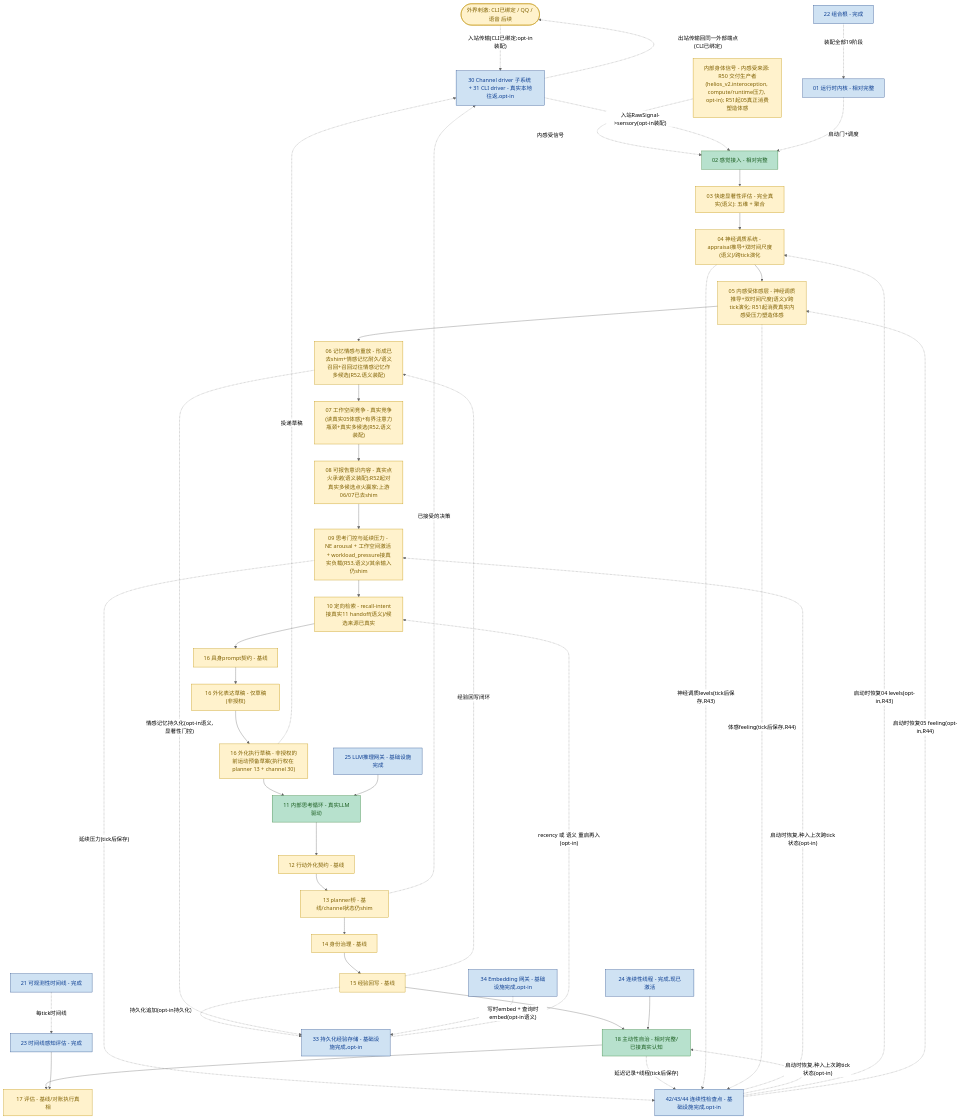
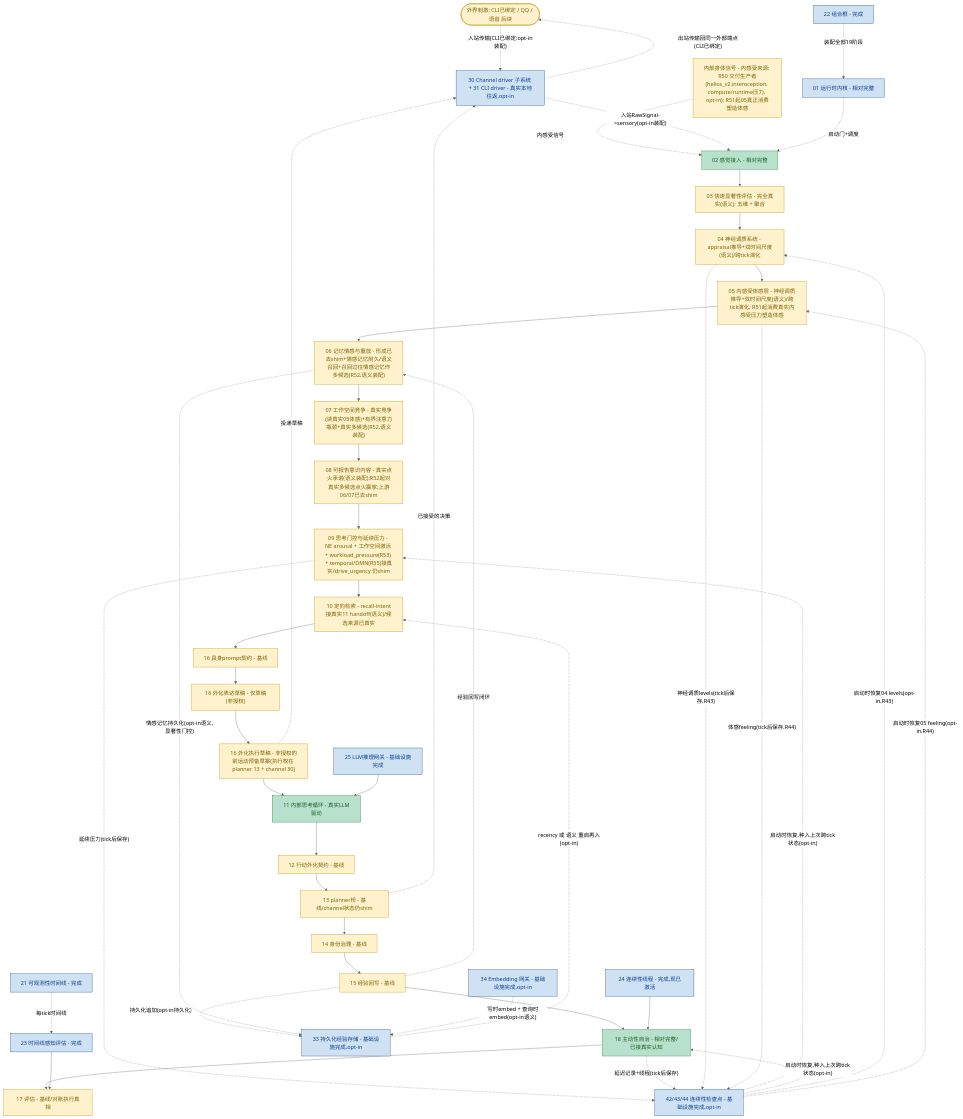
One commit to embalmer-Y/helios changed the diagram in helios_v2/docs/PROGRESS_FLOW.zh-CN.md. Above: the diagram before and after it, drawn with Mermaid (neutral theme). The commit also changed other lines of this file and 17 other files, not shown here.

First line of the commit message:
feat(helios_v2): R55 temporal pacing and DMN rest-state gate inputs

````diff
--- a/helios_v2/docs/PROGRESS_FLOW.zh-CN.md
+++ b/helios_v2/docs/PROGRESS_FLOW.zh-CN.md
@@ -35,70 +35,70 @@
 ```mermaid
 flowchart TD
     classDef deep fill:#b7e1cd,stroke:#2e7d32,color:#1b5e20
     classDef base fill:#fff2cc,stroke:#bf9000,color:#7f6000
     classDef infra fill:#cfe2f3,stroke:#1c4587,color:#0b3d91
     classDef gap fill:#f4cccc,stroke:#990000,color:#660000,stroke-dasharray: 5 5
 
     EXT([外界刺激: CLI已绑定 / QQ / 语音 后续]):::base
     BODY["内部身体信号 - 内感受来源: R50 交付生产者(helios_v2.interoception, compute/runtime压力, opt-in); R51起05真正消费塑造体感"]:::base
     S02[02 感觉接入 - 相对完整]:::deep
     S03["03 快速显著性评估 - 完全真实(语义): 五维 + 聚合"]:::base
     S04["04 神经调质系统 - appraisal推导+双时间尺度(语义)/跨tick演化"]:::base
     S05["05 内感受体感层 - 神经调质推导+双时间尺度(语义)/跨tick演化; R51起消费真实内感受压力塑造体感"]:::base
     S06["06 记忆情感与重放 - 形成已去shim+情感记忆耐久/语义召回+召回过往情感记忆作多候选(R52,语义装配)"]:::base
     S07["07 工作空间竞争 - 真实竞争(读真实05体感)+有界注意力瓶颈+真实多候选(R52,语义装配)"]:::base
     S08["08 可报告意识内容 - 真实点火承诺(语义装配);R52起对真实多候选点火赢家;上游06/07已去shim"]:::base
-    S09["09 思考门控与延续压力 - NE arousal + 工作空间激活 + workload_pressure接真实负载(R53,语义)/其余输入仍shim"]:::base
+    S09["09 思考门控与延续压力 - NE arousal + 工作空间激活 + workload_pressure(R53) + temporal/DMN(R55)接真实/drive_urgency 仍shim"]:::base
     S10["10 定向检索 - recall-intent接真实11 handoff(语义)/候选来源已真实"]:::base
     S16P[16 具身prompt契约 - 基线]:::base
     S16O["16 外化表达草稿 - 仅草稿(非授权)"]:::base
     S16E["16 外化执行草稿 - 非授权的前运动预备草案(执行权在 planner 13 + channel 30)"]:::base
     S11[11 内部思考循环 - 真实LLM驱动]:::deep
     S12[12 行动外化契约 - 基线]:::base
     S13[13 planner桥 - 基线/channel状态仍shim]:::base
     S14[14 身份治理 - 基线]:::base
     S15[15 经验回写 - 基线]:::base
     S18[18 主动性自治 - 相对完整/已接真实认知]:::deep
     S17[17 评估 - 基线/对账执行真相]:::base
     CH["30 Channel driver 子系统 + 31 CLI driver - 真实本地往返,opt-in"]:::infra
 
     S02 --> S03 --> S04 --> S05 --> S06 --> S07 --> S08 --> S09 --> S10
     S10 --> S16P --> S16O --> S16E --> S11
     S11 --> S12 --> S13 --> S14 --> S15 --> S18 --> S17
     EXT -. 入站传输(CLI已绑定;opt-in装配) .-> CH
     BODY -. 内感受信号 .-> S02
     S13 -. 已接受的决策 .-> CH
     S16E -. 投递草稿 .-> CH
     CH -. 入站RawSignal->sensory(opt-in装配) .-> S02
     CH -. 出站传输回同一外部端点(CLI已绑定) .-> EXT
     S15 -. 经验回写闭环 .-> S06
 
     LLM[25 LLM推理网关 - 基础设施完成]:::infra
     LLM --> S11
 
     K01[01 运行时内核 - 相对完整]:::infra
     OBS[21 可观测性时间线 - 完成]:::infra
     COMP[22 组合根 - 完成]:::infra
     EV23[23 时间线感知评估 - 完成]:::infra
     TH24[24 连续性线程 - 完成,现已激活]:::infra
     PER[33 持久化经验存储 - 基础设施完成,opt-in]:::infra
     EMB[34 Embedding 网关 - 基础设施完成,opt-in]:::infra
     CKPT[42/43/44 连续性检查点 - 基础设施完成,opt-in]:::infra
     K01 -. 启动门+调度 .-> S02
     OBS -. 每tick时间线 .-> EV23
     EV23 --> S17
     TH24 --> S18
     COMP -. 装配全部19阶段 .-> K01
     S15 -. 持久化追加(opt-in持久化) .-> PER
     S06 -. 情感记忆持久化(opt-in语义,显著性门控) .-> PER
     PER -. recency 或 语义 重启再入(opt-in) .-> S10
     EMB -. 写时embed + 查询时embed(opt-in语义) .-> PER
     S09 -. 延续压力(tick后保存) .-> CKPT
     S18 -. 延迟记录+线程(tick后保存) .-> CKPT
     S04 -. 神经调质levels(tick后保存,R43) .-> CKPT
     S05 -. 体感feeling(tick后保存,R44) .-> CKPT
     CKPT -. 启动时恢复,种入上次跨tick状态(opt-in) .-> S09
     CKPT -. 启动时恢复,种入上次跨tick状态(opt-in) .-> S18
     CKPT -. 启动时恢复04 levels(opt-in,R43) .-> S04
     CKPT -. 启动时恢复05 feeling(opt-in,R44) .-> S05
 ```
````
